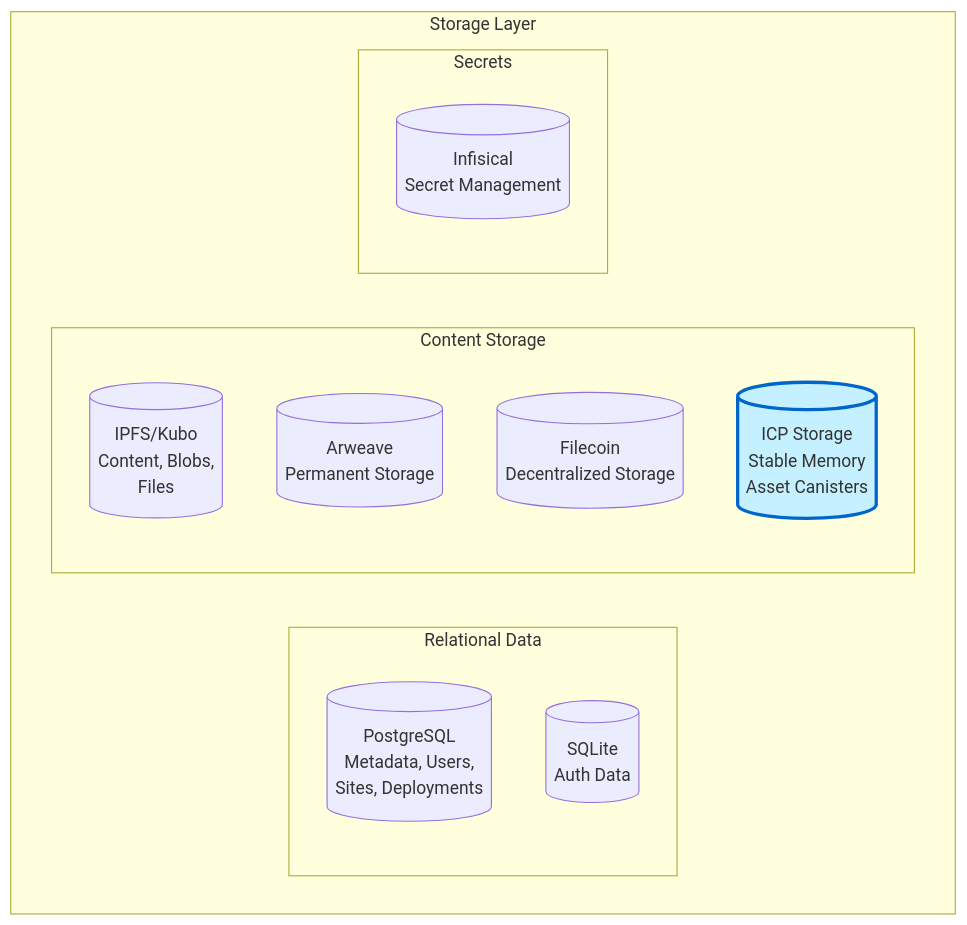
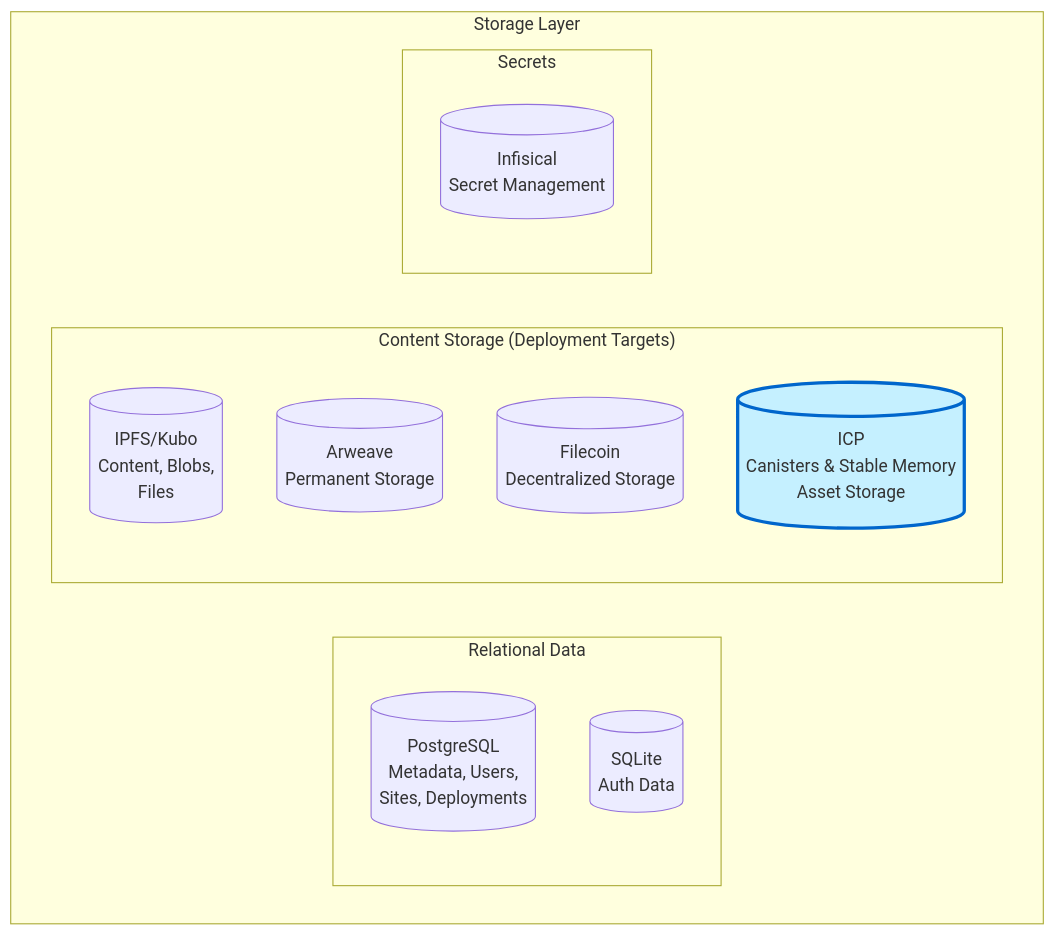
One commit to alternatefutures/.github changed the third of 13 diagrams in TECHNICAL_ARCHITECTURE.md. Above: the diagram before and after it, drawn with Mermaid. The commit also changed other lines of this file, not shown here.

First line of the commit message:
Refactor ICP integration as deployment target option

````diff
--- a/TECHNICAL_ARCHITECTURE.md
+++ b/TECHNICAL_ARCHITECTURE.md
@@ -187,22 +176,22 @@
 ```mermaid
 graph TB
     subgraph "Storage Layer"
         subgraph "Relational Data"
             PG[(PostgreSQL<br/>Metadata, Users,<br/>Sites, Deployments)]
             SQLite[(SQLite<br/>Auth Data)]
         end
         
-        subgraph "Content Storage"
+        subgraph "Content Storage (Deployment Targets)"
             IPFS[(IPFS/Kubo<br/>Content, Blobs,<br/>Files)]
             Arweave[(Arweave<br/>Permanent Storage)]
             Filecoin[(Filecoin<br/>Decentralized Storage)]
-            ICPStorage[(ICP Storage<br/>Stable Memory<br/>Asset Canisters)]
+            ICPStorage[(ICP<br/>Canisters & Stable Memory<br/>Asset Storage)]
         end
         
         subgraph "Secrets"
             Infisical[(Infisical<br/>Secret Management)]
         end
     end
     
     style ICPStorage fill:#c5f0ff,stroke:#0066cc,stroke-width:3px
 ```
````
